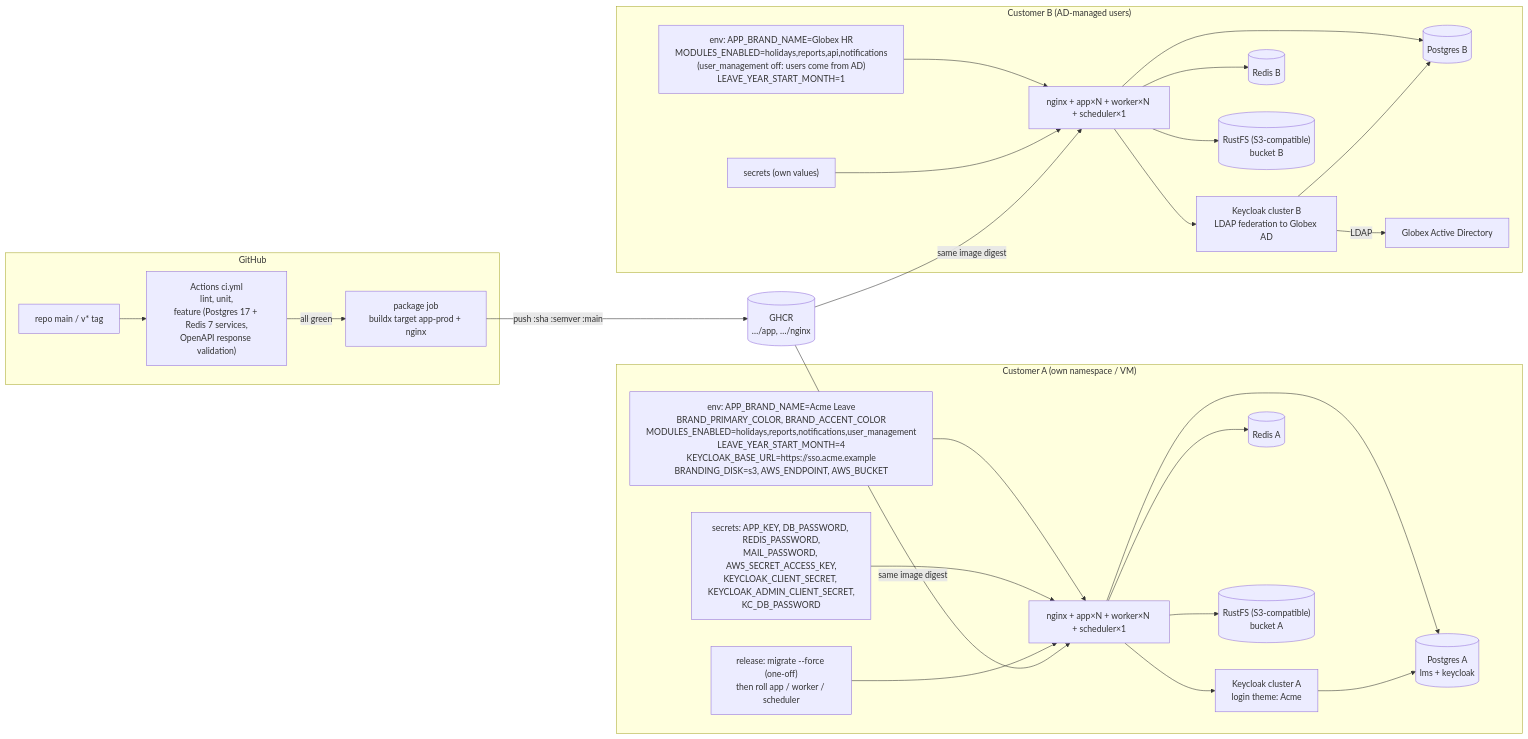
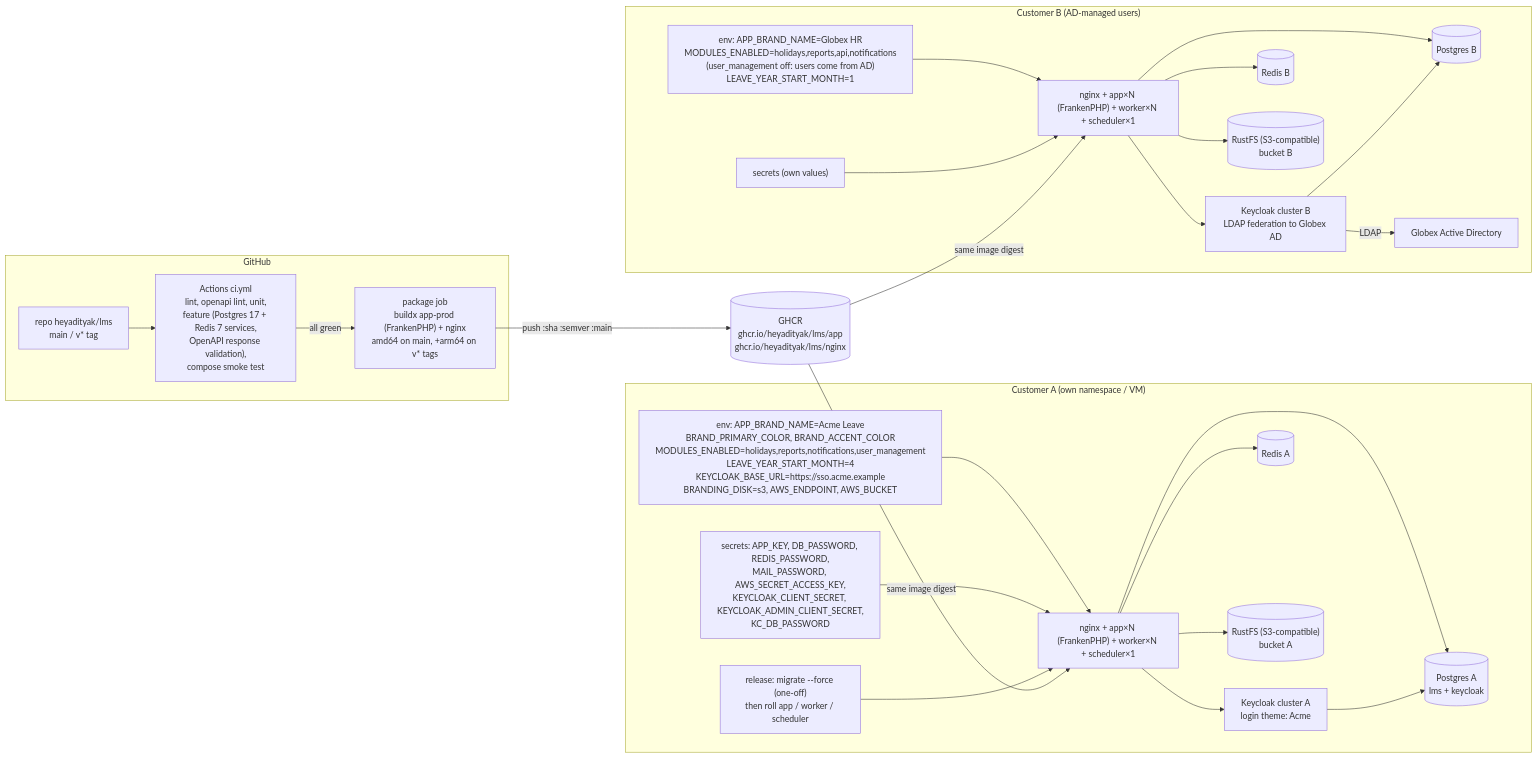
The third of 4 diagrams in docs/diagrams/01-system-design.md (heyadityak/lms), drawn with Mermaid before and after one commit. The commit also changed other lines of this file and 46 other files, not shown here.

First line of the commit message:
docs: finalize design, API contract, diagrams; add wiki sync

````diff
--- a/docs/diagrams/01-system-design.md
+++ b/docs/diagrams/01-system-design.md
@@ -91,49 +92,49 @@
 ```mermaid
 flowchart LR
     subgraph gh["GitHub"]
-        repo["repo main / v* tag"] --> ci["Actions ci.yml<br/>lint, unit,<br/>feature (Postgres 17 + Redis 7 services,<br/>OpenAPI response validation)"]
-        ci -->|all green| pkg["package job<br/>buildx target app-prod + nginx"]
+        repo["repo heyadityak/lms<br/>main / v* tag"] --> ci["Actions ci.yml<br/>lint, openapi lint, unit,<br/>feature (Postgres 17 + Redis 7 services,<br/>OpenAPI response validation),<br/>compose smoke test"]
+        ci -->|all green| pkg["package job<br/>buildx app-prod (FrankenPHP) + nginx<br/>amd64 on main, +arm64 on v* tags"]
     end
-    pkg -->|push :sha :semver :main| ghcr[("GHCR<br/>…/app, …/nginx")]
+    pkg -->|push :sha :semver :main| ghcr[("GHCR<br/>ghcr.io/heyadityak/lms/app<br/>ghcr.io/heyadityak/lms/nginx")]
 
     subgraph custA["Customer A (own namespace / VM)"]
         envA["env: APP_BRAND_NAME=Acme Leave<br/>BRAND_PRIMARY_COLOR, BRAND_ACCENT_COLOR<br/>MODULES_ENABLED=holidays,reports,notifications,user_management<br/>LEAVE_YEAR_START_MONTH=4<br/>KEYCLOAK_BASE_URL=https://sso.acme.example<br/>BRANDING_DISK=s3, AWS_ENDPOINT, AWS_BUCKET"]
         secA["secrets: APP_KEY, DB_PASSWORD, REDIS_PASSWORD,<br/>MAIL_PASSWORD, AWS_SECRET_ACCESS_KEY,<br/>KEYCLOAK_CLIENT_SECRET, KEYCLOAK_ADMIN_CLIENT_SECRET,<br/>KC_DB_PASSWORD"]
         relA["release: migrate --force (one-off)<br/>then roll app / worker / scheduler"]
-        runA["nginx + app×N + worker×N + scheduler×1"]
+        runA["nginx + app×N (FrankenPHP) + worker×N + scheduler×1"]
         kcA["Keycloak cluster A<br/>login theme: Acme"]
         dbA[("Postgres A<br/>lms + keycloak")]
         rA[("Redis A")]
         bA[("RustFS (S3-compatible)<br/>bucket A")]
         envA --> runA
         secA --> runA
         relA --> runA
         runA --> dbA
         runA --> rA
         runA --> bA
         runA --> kcA
         kcA --> dbA
     end
 
     subgraph custB["Customer B (AD-managed users)"]
         envB["env: APP_BRAND_NAME=Globex HR<br/>MODULES_ENABLED=holidays,reports,api,notifications<br/>(user_management off: users come from AD)<br/>LEAVE_YEAR_START_MONTH=1"]
         secB["secrets (own values)"]
-        runB["nginx + app×N + worker×N + scheduler×1"]
+        runB["nginx + app×N (FrankenPHP) + worker×N + scheduler×1"]
         kcB["Keycloak cluster B<br/>LDAP federation to Globex AD"]
         dbB[("Postgres B")]
         rB[("Redis B")]
         bB[("RustFS (S3-compatible)<br/>bucket B")]
         ad["Globex Active Directory"]
         envB --> runB
         secB --> runB
         runB --> dbB
         runB --> rB
         runB --> bB
         runB --> kcB
         kcB --> dbB
         kcB -->|LDAP| ad
     end
 
     ghcr -->|same image digest| runA
     ghcr -->|same image digest| runB
 ```
````
